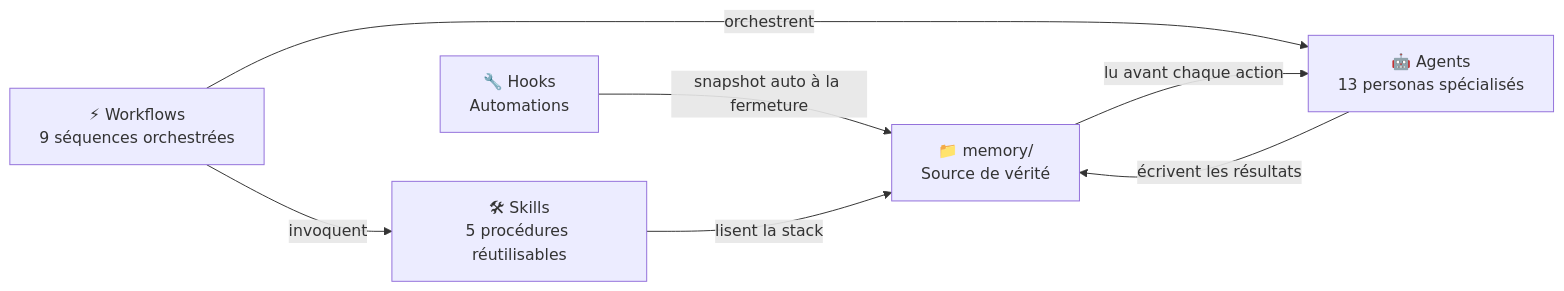
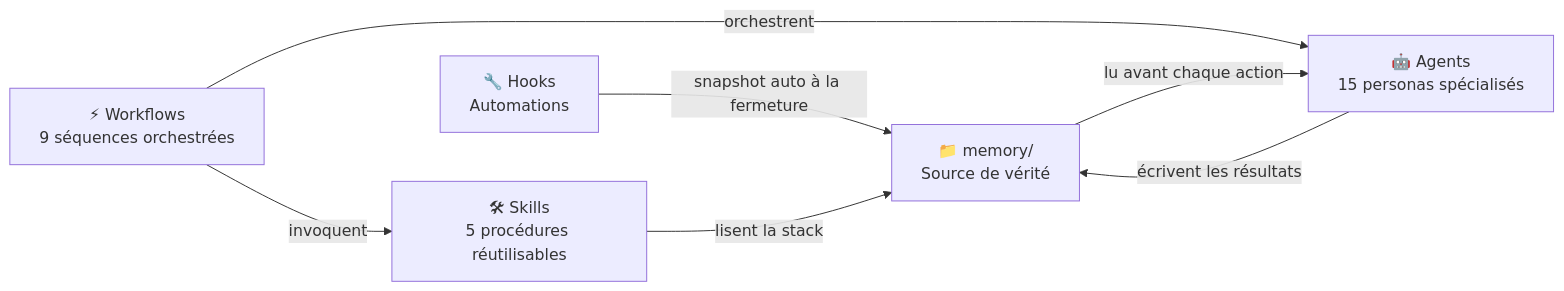
Before and after one commit to KillianPiccerelle/ai-dev-framework: the diagram in docs/fr/README.md, drawn with Mermaid. The commit also changed other lines of this file, not shown here.

First line of the commit message:
docs: update fr/README.md with security-reviewer and devops-engineer agents

````diff
--- a/docs/fr/README.md
+++ b/docs/fr/README.md
@@ -85,15 +85,15 @@
 ```mermaid
 graph LR
     MEM["📁 memory/\nSource de vérité"]
-    AGT["🤖 Agents\n13 personas spécialisés"]
+    AGT["🤖 Agents\n15 personas spécialisés"]
     WFL["⚡ Workflows\n9 séquences orchestrées"]
     SKL["🛠 Skills\n5 procédures réutilisables"]
     HKS["🔧 Hooks\nAutomations"]
 
     MEM -->|lu avant chaque action| AGT
     AGT -->|écrivent les résultats| MEM
     WFL -->|orchestrent| AGT
     WFL -->|invoquent| SKL
     SKL -->|lisent la stack| MEM
     HKS -->|snapshot auto à la fermeture| MEM
 ```
````
